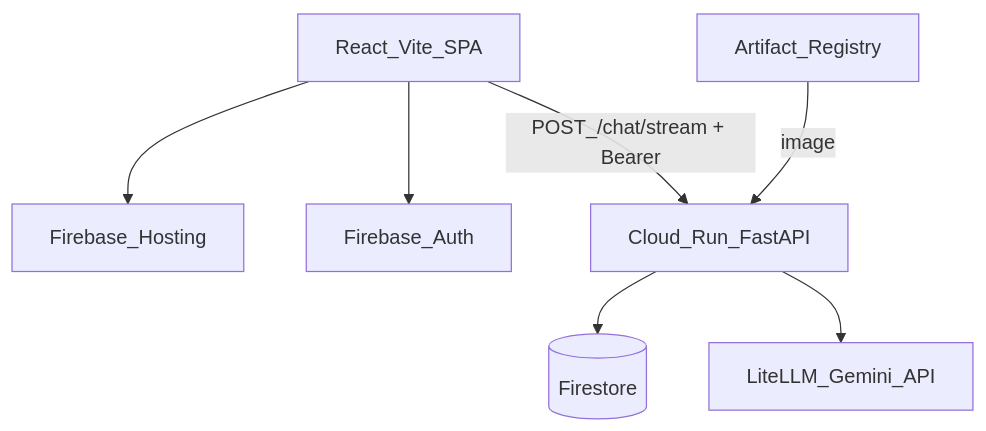
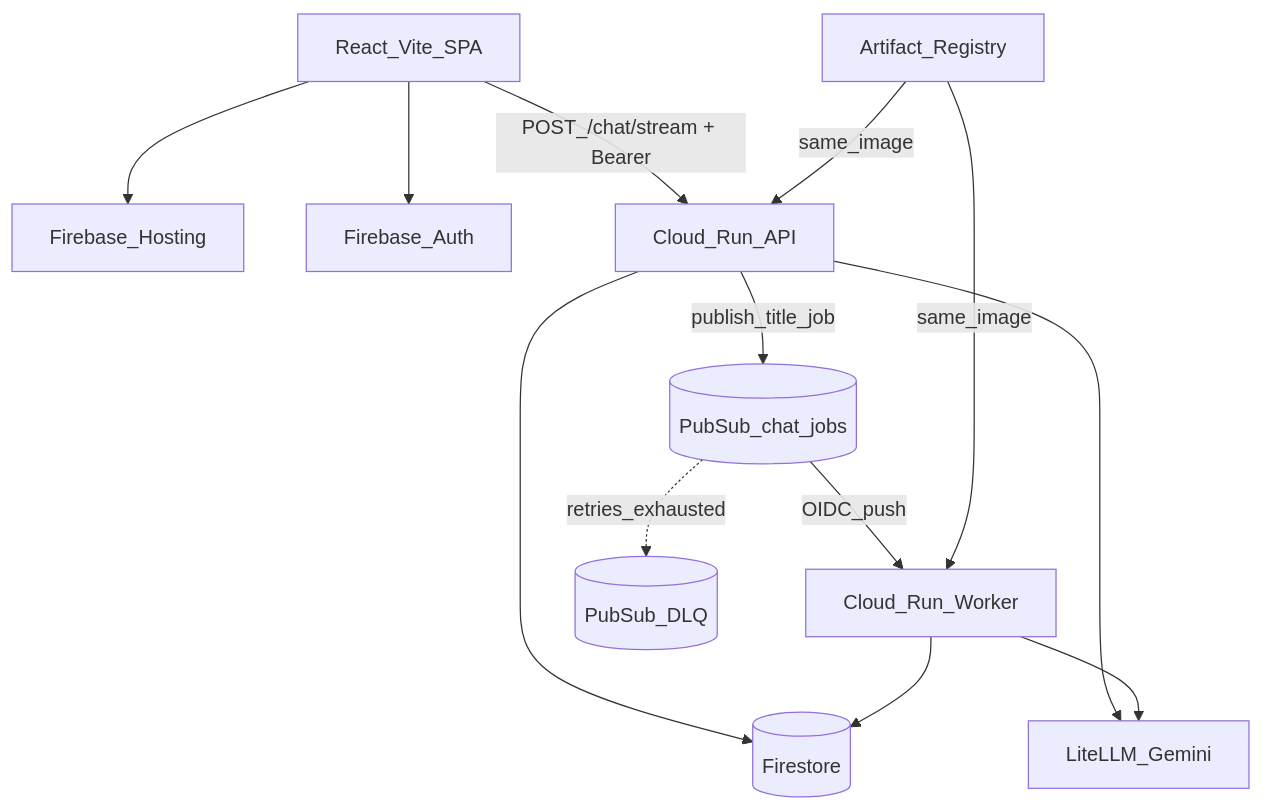
One commit to SKT27182/gcp_chatbot changed the diagram in docs/architecture.md. Above: the diagram before and after it, drawn with Mermaid. The commit also changed other lines of this file and 54 other files, not shown here.

````diff
--- a/docs/architecture.md
+++ b/docs/architecture.md
@@ -14,17 +16,26 @@
 ```mermaid
 flowchart TB
   UI[React_Vite_SPA]
   FH[Firebase_Hosting]
   FA[Firebase_Auth]
-  CR[Cloud_Run_FastAPI]
+  CR[Cloud_Run_API]
+  WRK[Cloud_Run_Worker]
+  PS[(PubSub_chat_jobs)]
+  DLQ[(PubSub_DLQ)]
   FS[(Firestore)]
-  VA[LiteLLM_Gemini_API]
+  VA[LiteLLM_Gemini]
   AR[Artifact_Registry]
 
   UI --> FH
   UI --> FA
   UI -->|"POST_/chat/stream + Bearer"| CR
   CR --> FS
   CR --> VA
-  AR -->|image| CR
+  CR -->|publish_title_job| PS
+  PS -->|OIDC_push| WRK
+  PS -.->|retries_exhausted| DLQ
+  WRK --> FS
+  WRK --> VA
+  AR -->|same_image| CR
+  AR -->|same_image| WRK
 ```
````
